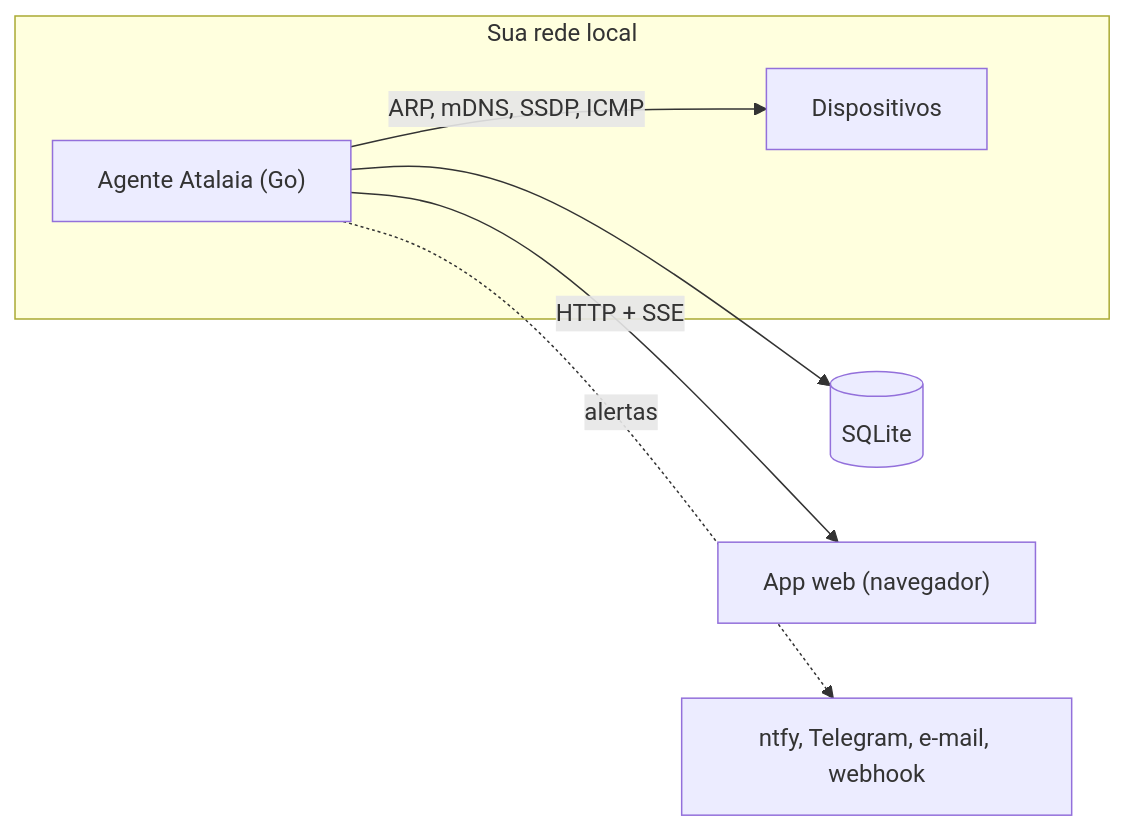
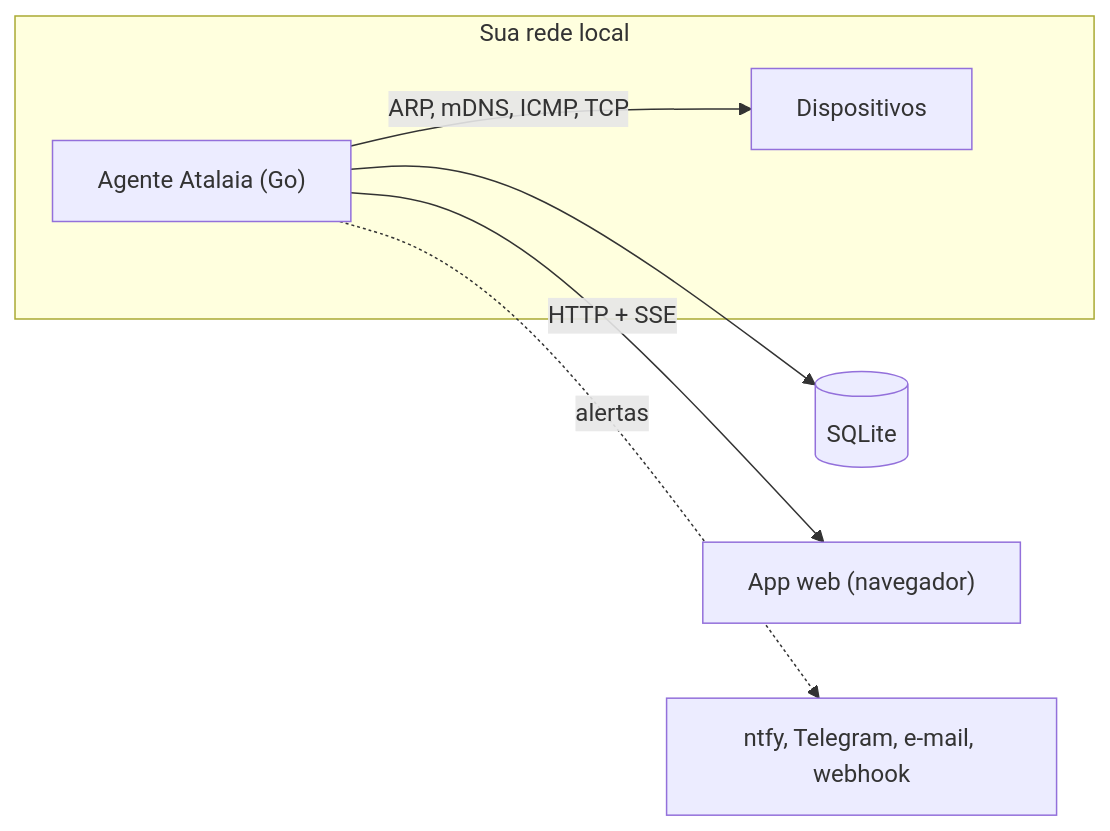
One commit to EttoreCSenatore/atalaia changed the diagram in website/docs/tecnico/arquitetura.md. Above: the diagram before and after it, drawn with Mermaid. The commit also changed other lines of this file and 25 other files, not shown here.

````diff
--- a/website/docs/tecnico/arquitetura.md
+++ b/website/docs/tecnico/arquitetura.md
@@ -11,11 +11,11 @@
 ```mermaid
 flowchart LR
   subgraph LAN["Sua rede local"]
     A["Agente Atalaia (Go)"]
     D["Dispositivos"]
-    A -- "ARP, mDNS, SSDP, ICMP" --> D
+    A -- "ARP, mDNS, ICMP, TCP" --> D
   end
   A --> DB[("SQLite")]
   A -- "HTTP + SSE" --> W["App web (navegador)"]
   A -. "alertas" .-> N["ntfy, Telegram, e-mail, webhook"]
 ```
````
